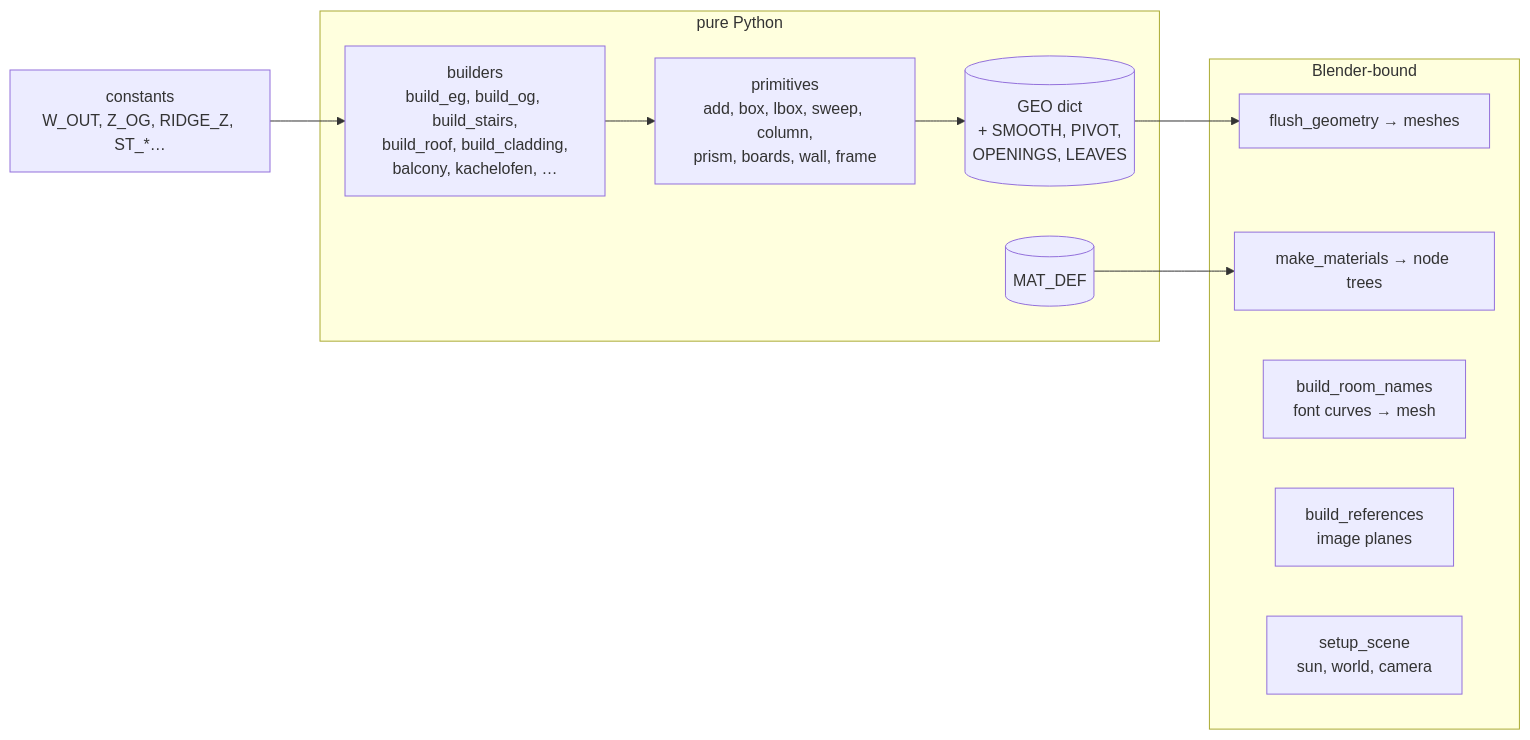
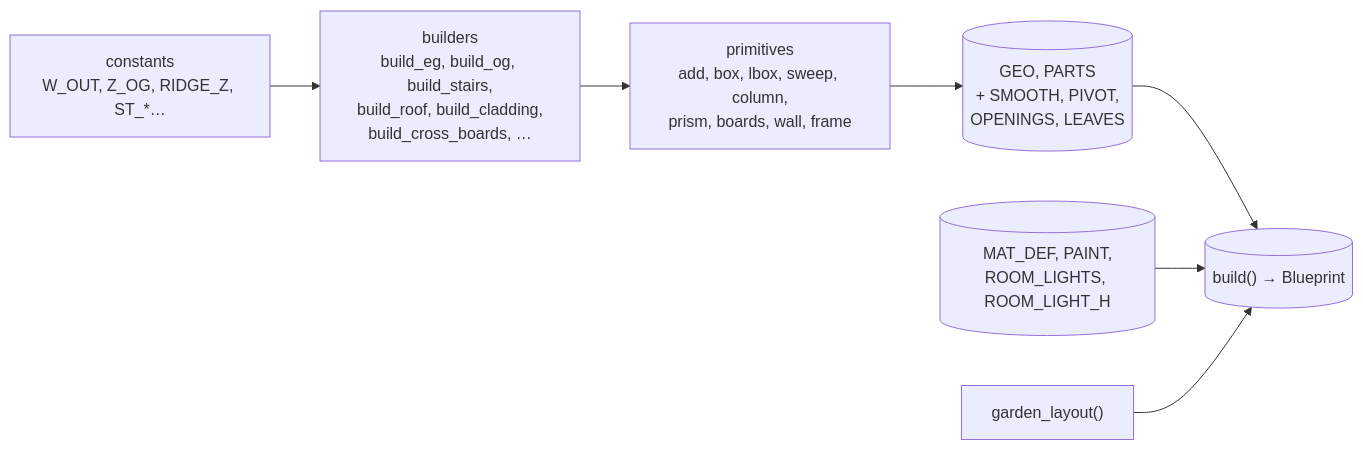
The second of 3 diagrams in specs/system/architecture.md (tillg/frechen_blender), drawn with Mermaid before and after one commit. The commit also changed other lines of this file and 6 other files, not shown here.

````diff
--- a/specs/system/architecture.md
+++ b/specs/system/architecture.md
@@ -58,16 +74,9 @@
 ```mermaid
 flowchart LR
     C["constants<br/>W_OUT, Z_OG, RIDGE_Z, ST_*…"] --> B
-    subgraph pure["pure Python"]
-        B["builders<br/>build_eg, build_og, build_stairs,<br/>build_roof, build_cladding,<br/>balcony, kachelofen, …"] --> PR["primitives<br/>add, box, lbox, sweep, column,<br/>prism, boards, wall, frame"]
-        PR --> GEO[("GEO dict<br/>+ SMOOTH, PIVOT,<br/>OPENINGS, LEAVES")]
-        MD[("MAT_DEF")]
-    end
-    subgraph bound["Blender-bound"]
-        GEO --> FL["flush_geometry → meshes"]
-        MD --> MM["make_materials → node trees"]
-        RN["build_room_names<br/>font curves → mesh"]
-        RF["build_references<br/>image planes"]
-        SS["setup_scene<br/>sun, world, camera"]
-    end
+    B["builders<br/>build_eg, build_og, build_stairs,<br/>build_roof, build_cladding,<br/>build_cross_boards, …"] --> PR["primitives<br/>add, box, lbox, sweep, column,<br/>prism, boards, wall, frame"]
+    PR --> GEO[("GEO, PARTS<br/>+ SMOOTH, PIVOT,<br/>OPENINGS, LEAVES")]
+    MD[("MAT_DEF, PAINT,<br/>ROOM_LIGHTS, ROOM_LIGHT_H")]
+    GL["garden_layout()"]
+    GEO & MD & GL --> BP[("build() → Blueprint")]
 ```
````
